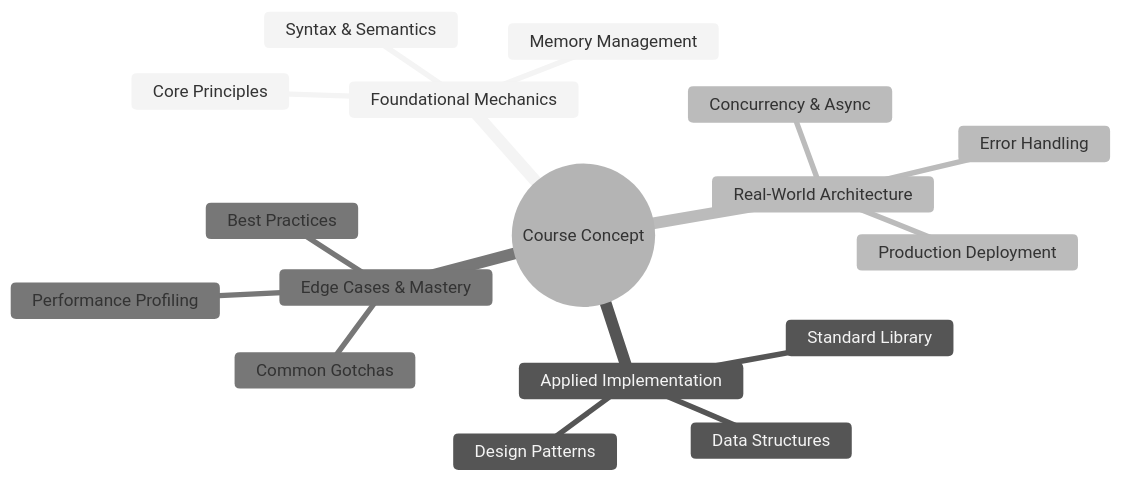
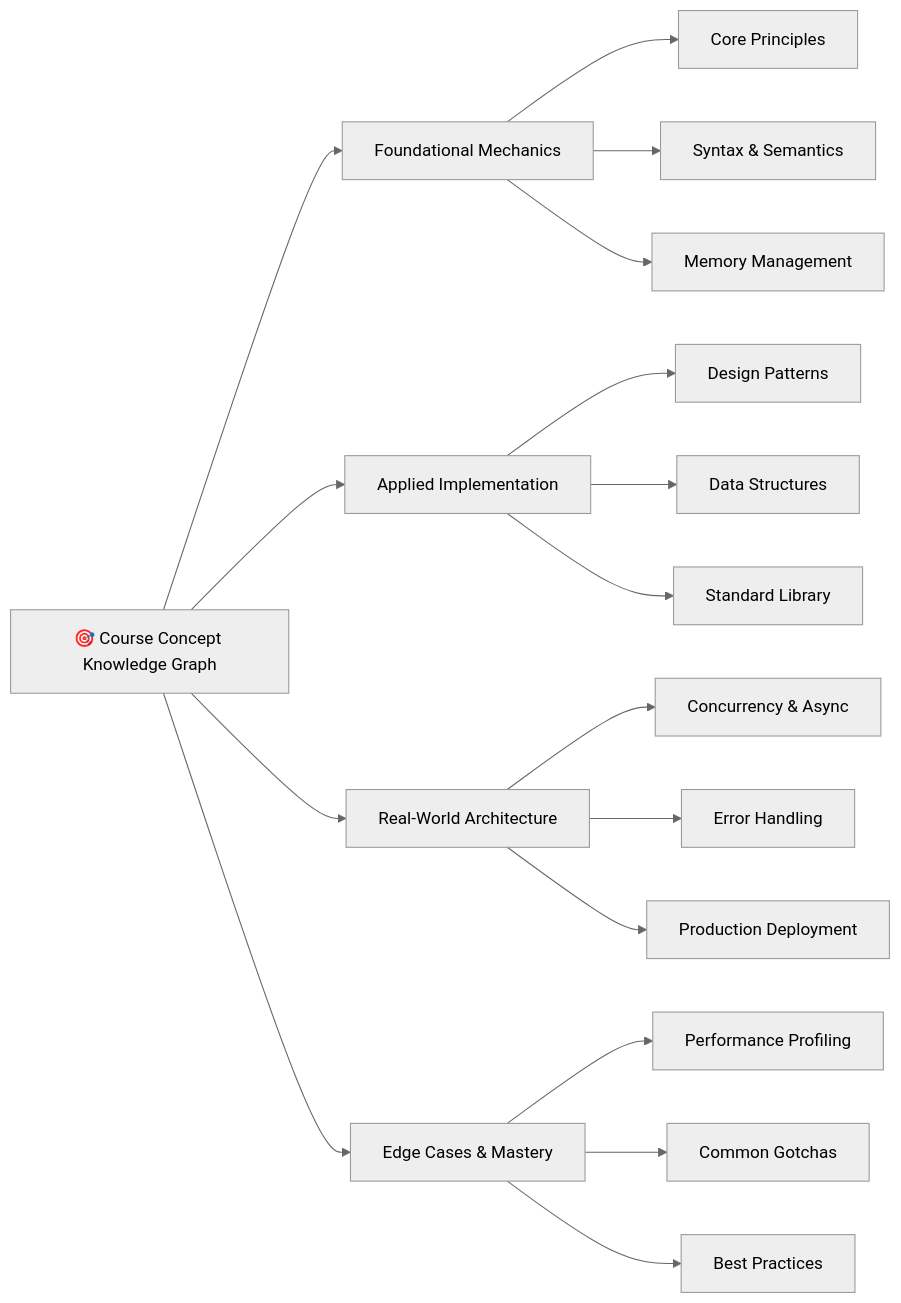
One commit to Aniket-Meshram-dev/NexLearn-AI changed the third of 5 diagrams in README.md. Above: the diagram before and after it, drawn with Mermaid (neutral theme). The commit also changed other lines of this file, not shown here.

Commit message:
fix(docs): resolve GitHub Mermaid parser error by removing parentheses in edge labels and using graph LR

````diff
--- a/README.md
+++ b/README.md
@@ -422,20 +422,24 @@
 ```mermaid
-mindmap
-  root((Course Concept))
-    Foundational Mechanics
-      Core Principles
-      Syntax & Semantics
-      Memory Management
-    Applied Implementation
-      Design Patterns
-      Data Structures
-      Standard Library
-    Real-World Architecture
-      Concurrency & Async
-      Error Handling
-      Production Deployment
-    Edge Cases & Mastery
-      Performance Profiling
-      Common Gotchas
-      Best Practices
+graph LR
+    Root["🎯 Course Concept Knowledge Graph"]
+    
+    Root --> M1["Foundational Mechanics"]
+    M1 --> M1_1["Core Principles"]
+    M1 --> M1_2["Syntax & Semantics"]
+    M1 --> M1_3["Memory Management"]
+    
+    Root --> M2["Applied Implementation"]
+    M2 --> M2_1["Design Patterns"]
+    M2 --> M2_2["Data Structures"]
+    M2 --> M2_3["Standard Library"]
+    
+    Root --> M3["Real-World Architecture"]
+    M3 --> M3_1["Concurrency & Async"]
+    M3 --> M3_2["Error Handling"]
+    M3 --> M3_3["Production Deployment"]
+    
+    Root --> M4["Edge Cases & Mastery"]
+    M4 --> M4_1["Performance Profiling"]
+    M4 --> M4_2["Common Gotchas"]
+    M4 --> M4_3["Best Practices"]
 ```
````
